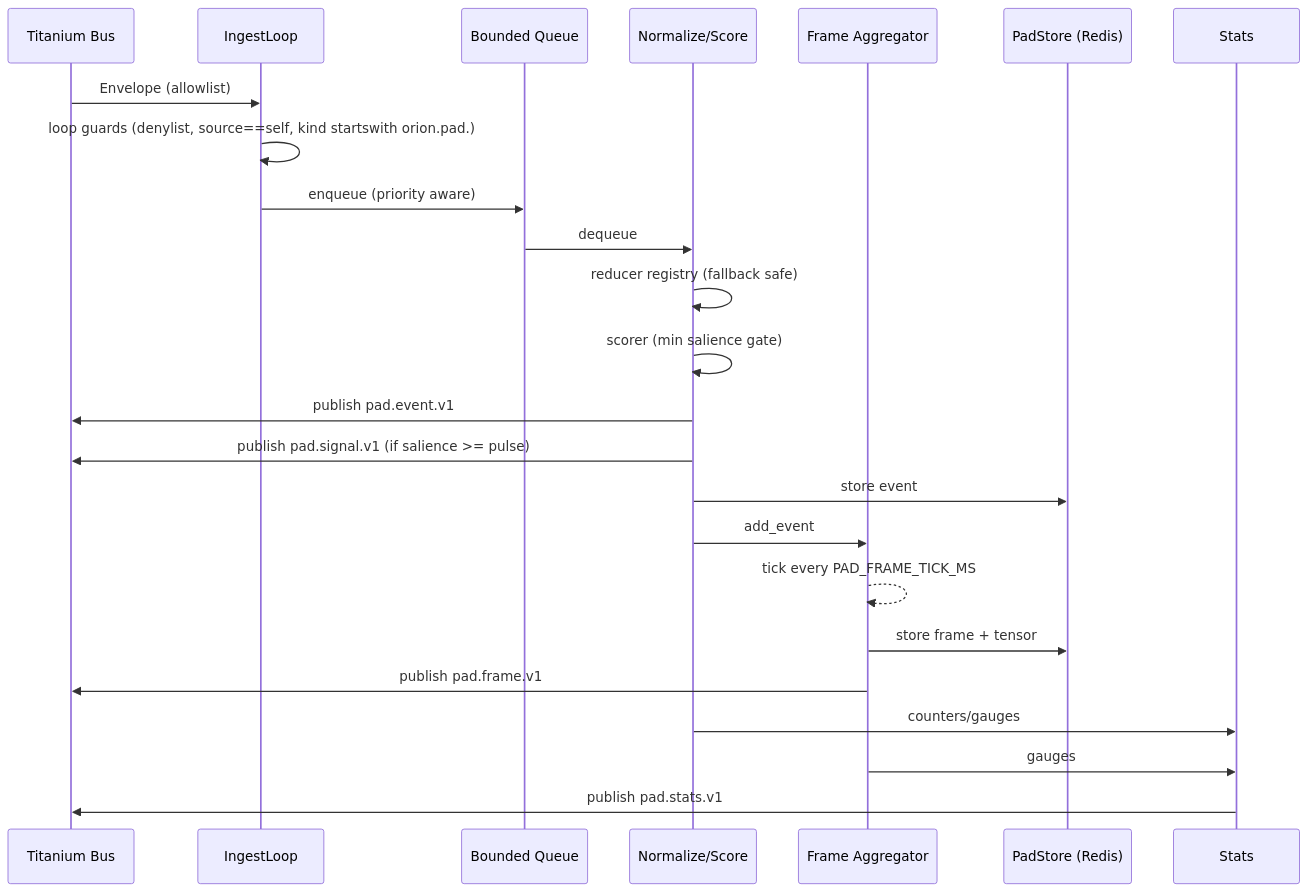
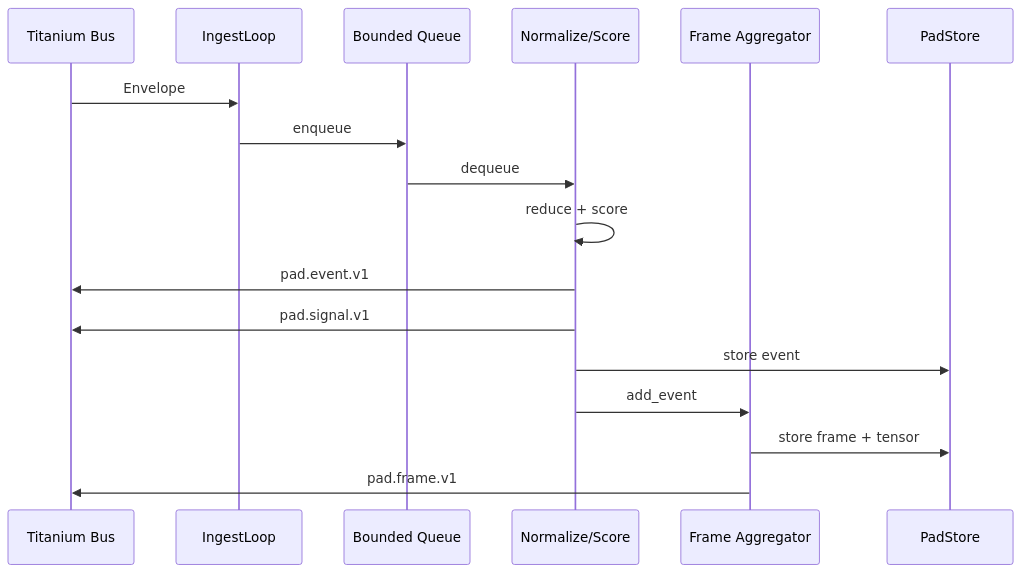
One commit to junebug-junie/Orion-Sapienform changed the second of 2 diagrams in docs/landing_pad.md. Above: the diagram before and after it, drawn with Mermaid. The commit also changed other lines of this file and 8 other files, not shown here.

````diff
--- a/docs/landing_pad.md
+++ b/docs/landing_pad.md
@@ -80,26 +263,20 @@
 ```mermaid
 sequenceDiagram
     participant Bus as Titanium Bus
     participant Ingest as IngestLoop
     participant Queue as Bounded Queue
     participant Worker as Normalize/Score
     participant Agg as Frame Aggregator
-    participant Store as PadStore (Redis)
+    participant Store as PadStore
 
-    Bus->>Ingest: Envelope (allowlist)
-    Ingest->>Ingest: loop guards (denylist, source==self, kind startswith orion.pad.)
-    Ingest->>Queue: enqueue (priority aware)
+    Bus->>Ingest: Envelope
+    Ingest->>Queue: enqueue
     Queue->>Worker: dequeue
-    Worker->>Worker: reducer registry (fallback safe)
-    Worker->>Worker: scorer (min salience gate)
-    Worker->>Bus: publish pad.event.v1
-    Worker->>Bus: publish pad.signal.v1 (if salience >= pulse)
+    Worker->>Worker: reduce + score
+    Worker->>Bus: pad.event.v1
+    Worker->>Bus: pad.signal.v1
     Worker->>Store: store event
     Worker->>Agg: add_event
-    Agg-->>Agg: tick every PAD_FRAME_TICK_MS
     Agg->>Store: store frame + tensor
-    Agg->>Bus: publish pad.frame.v1
-    Worker->>Stats: counters/gauges
-    Agg->>Stats: gauges
-    Stats->>Bus: publish pad.stats.v1
+    Agg->>Bus: pad.frame.v1
 ```
````
